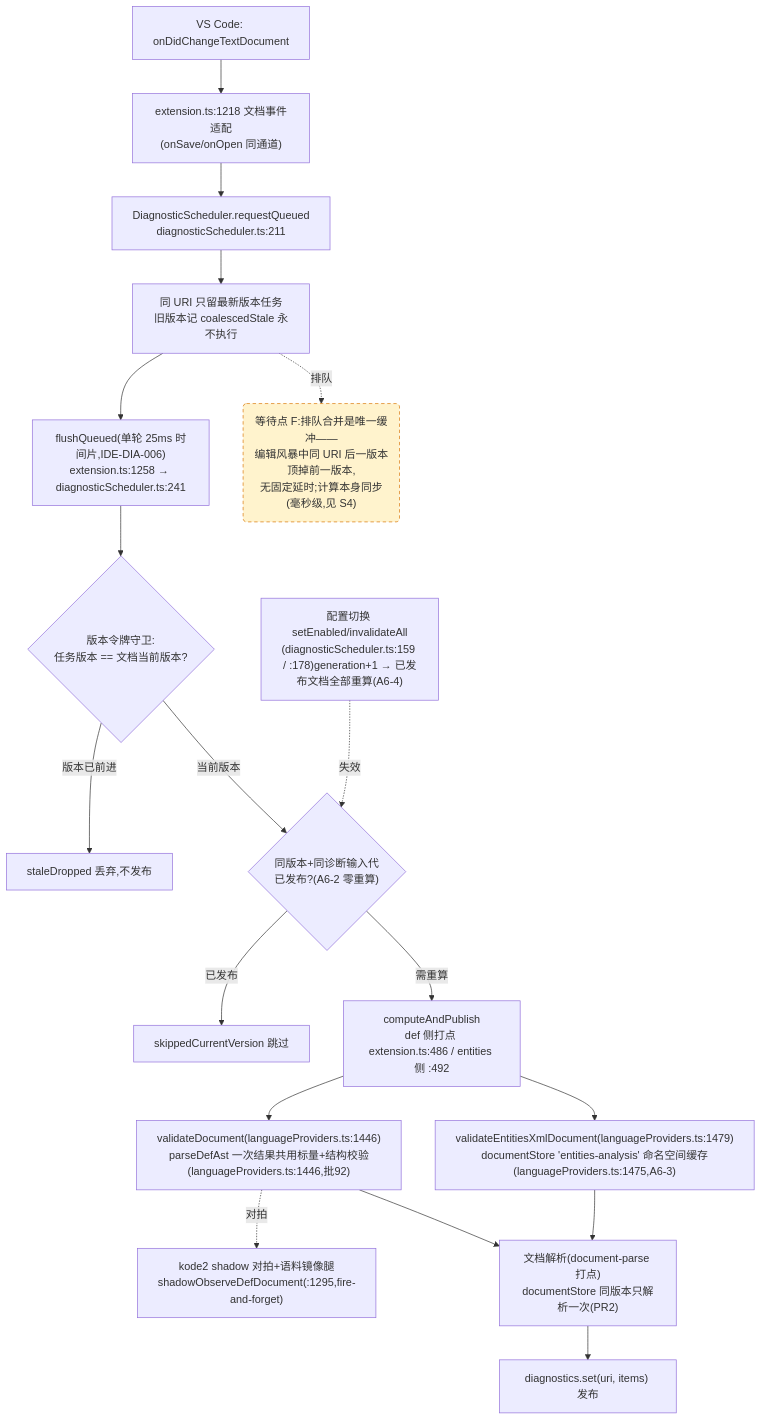
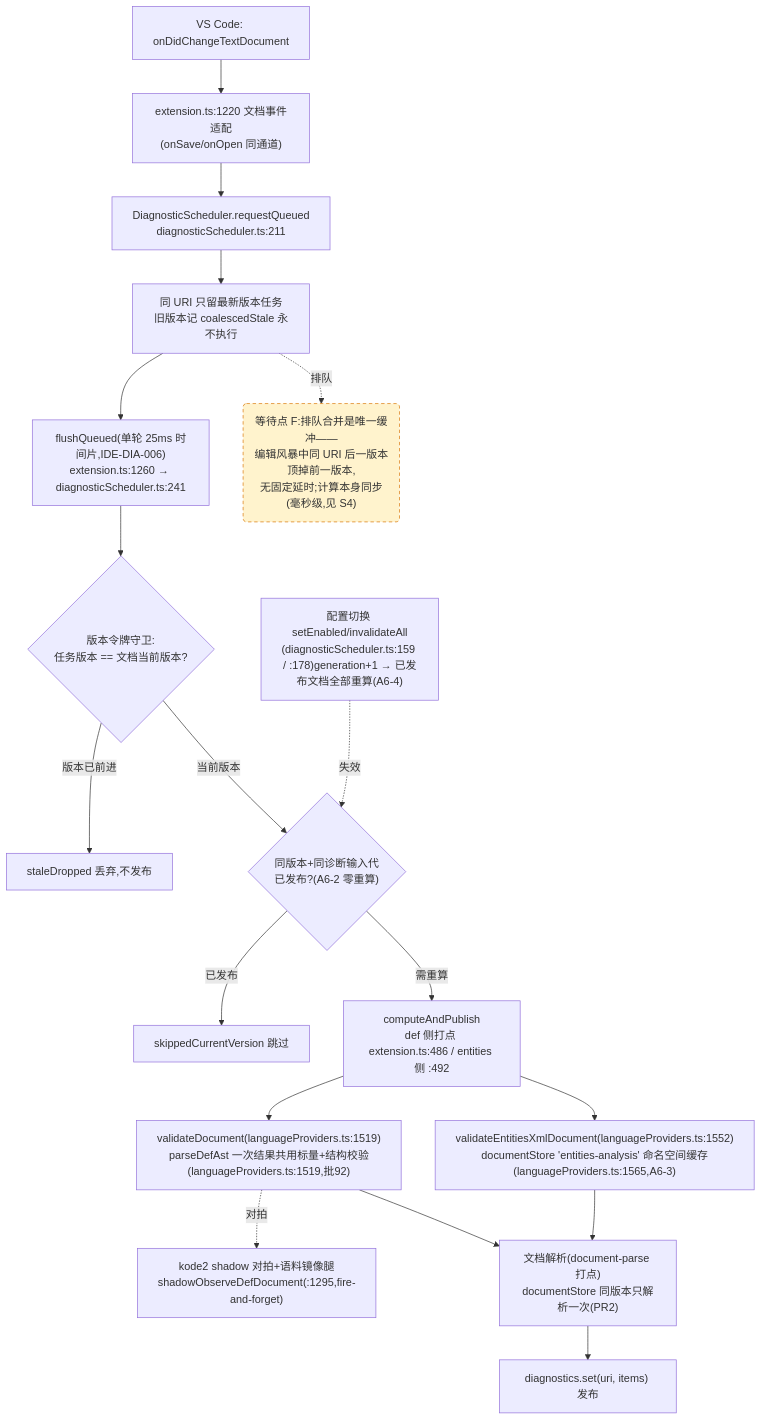
One commit to cuihairu/kode changed the fourth of 4 diagrams in docs/perf/2026-baseline.md. Above: the diagram before and after it, drawn with Mermaid. The commit also changed other lines of this file and 10 other files, not shown here.

````diff
--- a/docs/perf/2026-baseline.md
+++ b/docs/perf/2026-baseline.md
@@ -214,38 +214,38 @@
 ```mermaid
 flowchart TD
   CHG["VS Code: onDidChangeTextDocument"]
-  WATCH["extension.ts:1218 文档事件适配<br/>(onSave/onOpen 同通道)"]
+  WATCH["extension.ts:1220 文档事件适配<br/>(onSave/onOpen 同通道)"]
   RQ["DiagnosticScheduler.requestQueued<br/>diagnosticScheduler.ts:211"]
   CO["同 URI 只留最新版本任务<br/>旧版本记 coalescedStale 永不执行"]
-  FL["flushQueued(单轮 25ms 时间片,IDE-DIA-006)<br/>extension.ts:1258 → diagnosticScheduler.ts:241"]
+  FL["flushQueued(单轮 25ms 时间片,IDE-DIA-006)<br/>extension.ts:1260 → diagnosticScheduler.ts:241"]
   VG{"版本令牌守卫:<br/>任务版本 == 文档当前版本?"}
   DROP["staleDropped 丢弃,不发布"]
   GEN{"同版本+同诊断输入代<br/>已发布?(A6-2 零重算)"}
   SKIP["skippedCurrentVersion 跳过"]
   CALC["computeAndPublish<br/>def 侧打点 extension.ts:486 / entities 侧 :492"]
-  VD["validateDocument(languageProviders.ts:1446)<br/>parseDefAst 一次结果共用标量+结构校验(languageProviders.ts:1446,批92)"]
-  VEX["validateEntitiesXmlDocument(languageProviders.ts:1479)<br/>documentStore 'entities-analysis' 命名空间缓存(languageProviders.ts:1475,A6-3)"]
+  VD["validateDocument(languageProviders.ts:1519)<br/>parseDefAst 一次结果共用标量+结构校验(languageProviders.ts:1519,批92)"]
+  VEX["validateEntitiesXmlDocument(languageProviders.ts:1552)<br/>documentStore 'entities-analysis' 命名空间缓存(languageProviders.ts:1565,A6-3)"]
   SHDD["kode2 shadow 对拍+语料镜像腿<br/>shadowObserveDefDocument(:1295,fire-and-forget)"]
   DS["文档解析(document-parse 打点)<br/>documentStore 同版本只解析一次(PR2)"]
   PUB["diagnostics.set(uri, items) 发布"]
   CFG2["配置切换 setEnabled/invalidateAll<br/>(diagnosticScheduler.ts:159 / :178)generation+1 → 已发布文档全部重算(A6-4)"]
 
   CHG --> WATCH --> RQ --> CO --> FL --> VG
   VG -- "版本已前进" --> DROP
   VG -- "当前版本" --> GEN
   GEN -- "已发布" --> SKIP
   GEN -- "需重算" --> CALC
   CALC --> VD
   CALC --> VEX
   VD --> DS
   VEX --> DS
   DS --> PUB
   VD -.->|对拍| SHDD
   CFG2 -.->|失效| GEN
 
   WAITF("等待点 F:排队合并是唯一缓冲——<br/>编辑风暴中同 URI 后一版本顶掉前一版本,<br/>无固定延时;计算本身同步(毫秒级,见 S4)")
   CO -.->|排队| WAITF
 
   classDef waitPoint fill:#fff3cd,stroke:#d97706,stroke-dasharray:5 4;
   class WAITF waitPoint;
 ```
````
